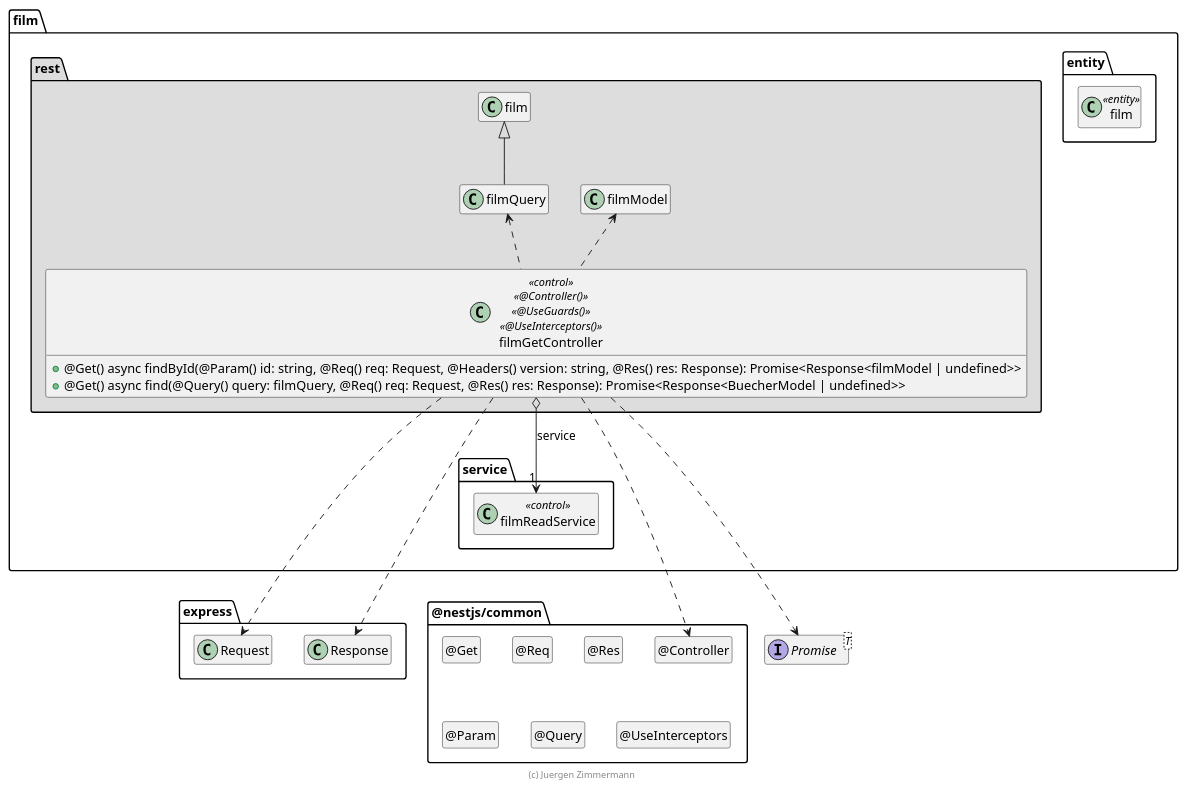
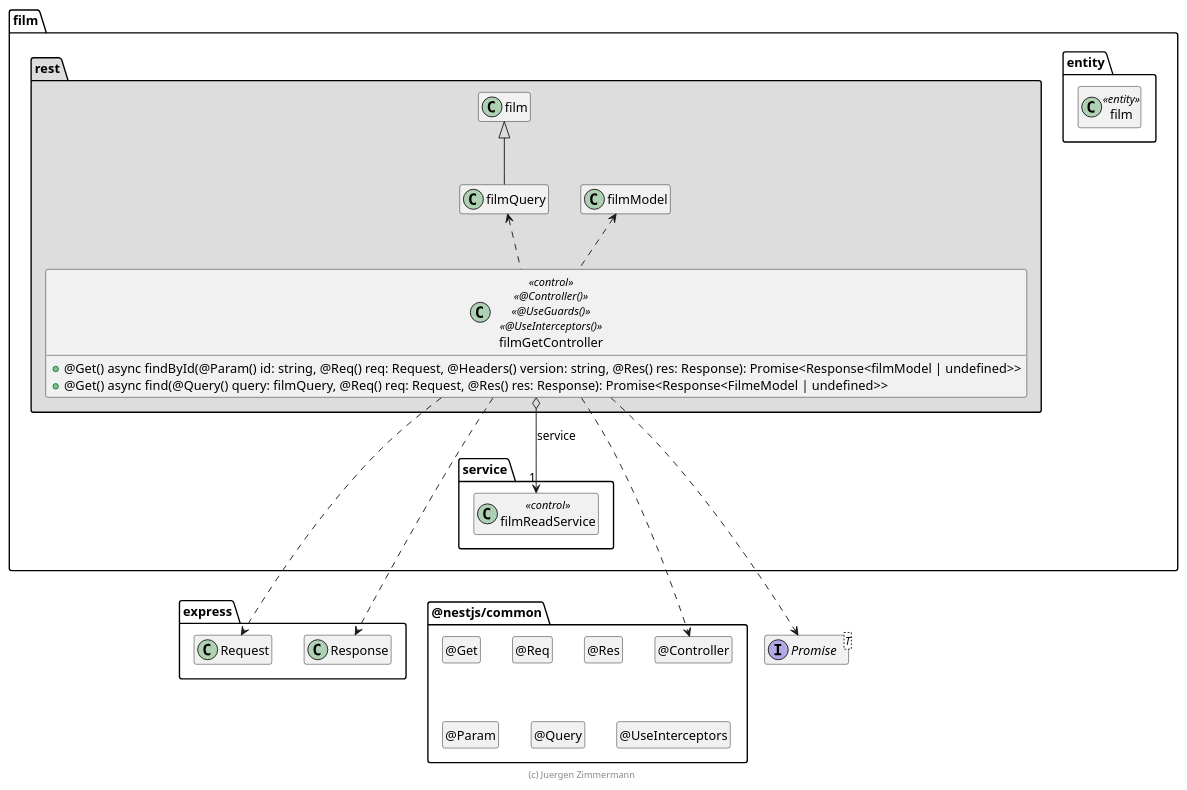
The diagram in .extras/doc/entwicklerhandbuch/FilmGetController.plantuml (Yuszi/Film), drawn with PlantUML before and after one commit. The commit also changed 5 other files, not shown here.

```diff
--- a/.extras/doc/entwicklerhandbuch/FilmGetController.plantuml
+++ b/.extras/doc/entwicklerhandbuch/FilmGetController.plantuml
@@ -18,74 +18,74 @@
 @startuml Controller-Klasse
 
 interface Promise<T>
 
 package @nestjs/common {
   class "@Controller" as Controller
   hide Controller circle
 
   class "@Get" as Get
   hide Get circle
 
   class "@Req" as Req
   hide Req circle
 
   class "@Res" as Res
   hide Res circle
 
   class "@Param" as Param
   hide Param circle
 
   class "@Query" as Query
   hide Query circle
 
   class "@UseInterceptors" as UseInterceptors
   hide UseInterceptors circle
 }
 
 package express {
   class Request
   class Response
 
   Response .[hidden].> Controller
 }
 
 package film {
   package entity #FFFFFF {
     class film <<entity>>
 
     film .[hidden].> Promise
     film .[hidden].> Request
   }
 
   package service {
     class filmReadService << control >>
   }
 
   package rest #DDDDDD {
     filmQuery -up-|> film
 
     class filmGetController << control >> << @Controller() >> << @UseGuards() >> << @UseInterceptors() >> {
       + @Get() async findById(@Param() id: string, @Req() req: Request, @Headers() version: string, @Res() res: Response): Promise<Response<filmModel | undefined>>
-      + @Get() async find(@Query() query: filmQuery, @Req() req: Request,  @Res() res: Response): Promise<Response<BuecherModel | undefined>>
+      + @Get() async find(@Query() query: filmQuery, @Req() req: Request,  @Res() res: Response): Promise<Response<FilmeModel | undefined>>
     }
 
     filmGetController o--> "1" filmReadService : service
 
     filmGetController ..> Controller
     filmGetController ..> Request
     filmGetController ..> Response
     filmGetController ..> Promise
     filmGetController .up.> filmModel
     filmGetController .up.> filmQuery
 
     filmReadService .[hidden].> Request
     filmReadService .[hidden].> Promise
     Response .right[hidden].> Controller
   }
 }
 
 hide empty members
 
 footer (c) Juergen Zimmermann
 
 @enduml
```
